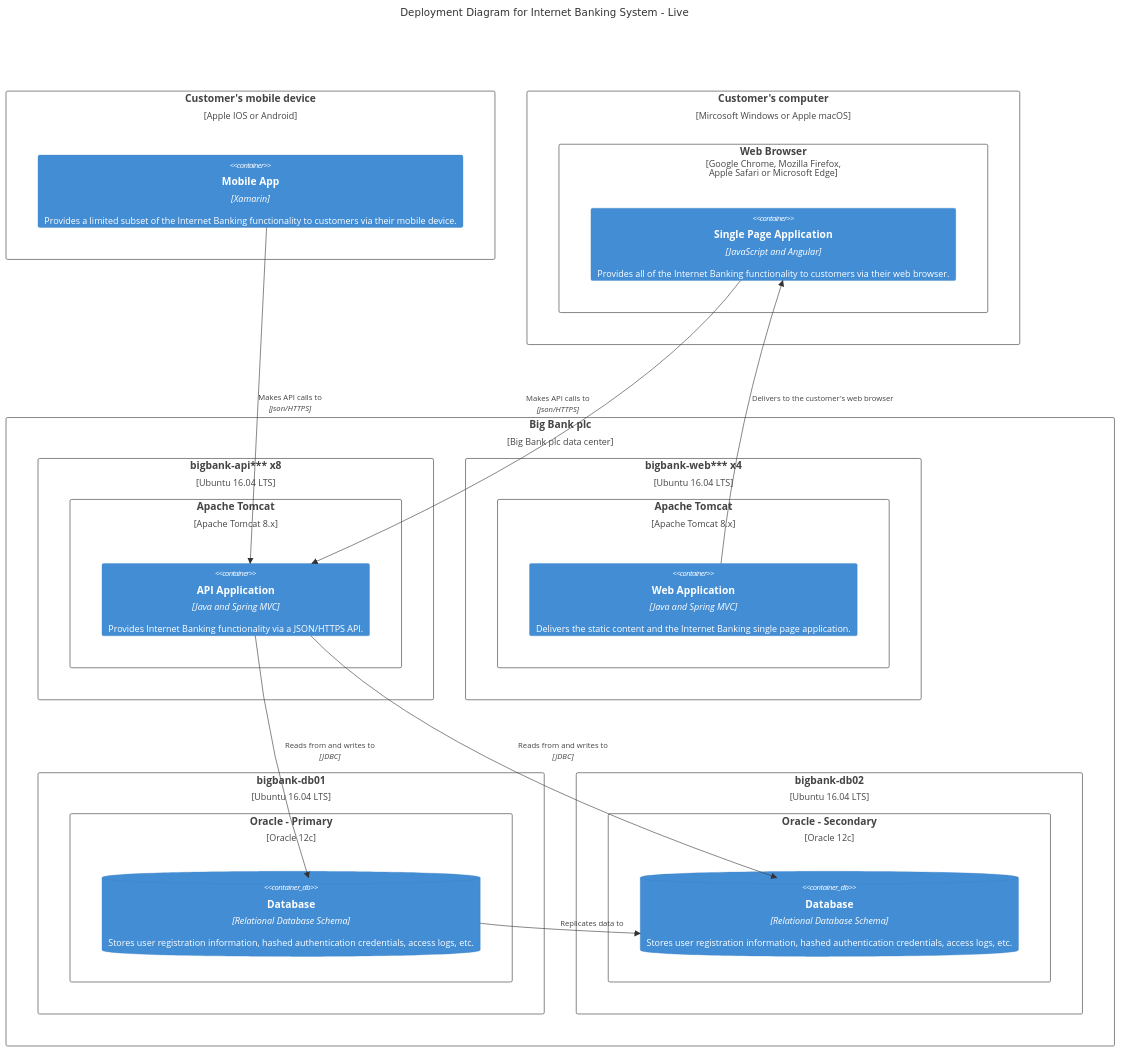
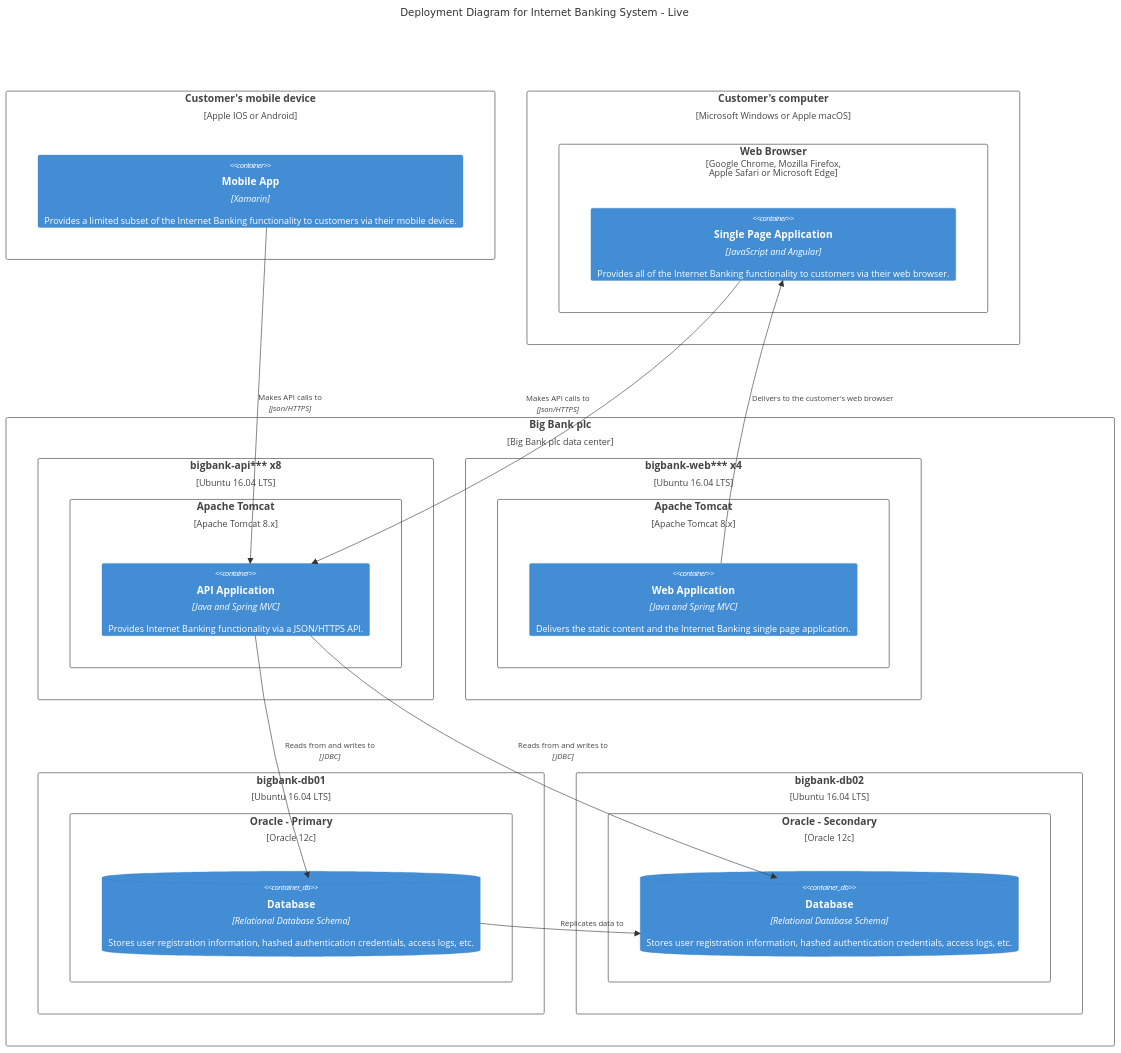
Before and after one commit to mermaid-js/mermaid: the sixth of 6 diagrams in docs/syntax/c4c.md, drawn with Mermaid. The commit also changed other lines of this file and 6 other files, not shown here.

````diff
--- a/docs/syntax/c4c.md
+++ b/docs/syntax/c4c.md
@@ -614,51 +614,51 @@
 ```mermaid
     C4Deployment
     title Deployment Diagram for Internet Banking System - Live
 
     Deployment_Node(mob, "Customer's mobile device", "Apple IOS or Android"){
         Container(mobile, "Mobile App", "Xamarin", "Provides a limited subset of the Internet Banking functionality to customers via their mobile device.")
     }
 
-    Deployment_Node(comp, "Customer's computer", "Mircosoft Windows or Apple macOS"){
+    Deployment_Node(comp, "Customer's computer", "Microsoft Windows or Apple macOS"){
         Deployment_Node(browser, "Web Browser", "Google Chrome, Mozilla Firefox,<br/> Apple Safari or Microsoft Edge"){
             Container(spa, "Single Page Application", "JavaScript and Angular", "Provides all of the Internet Banking functionality to customers via their web browser.")
         }
     }
 
     Deployment_Node(plc, "Big Bank plc", "Big Bank plc data center"){
         Deployment_Node(dn, "bigbank-api*** x8", "Ubuntu 16.04 LTS"){
             Deployment_Node(apache, "Apache Tomcat", "Apache Tomcat 8.x"){
                 Container(api, "API Application", "Java and Spring MVC", "Provides Internet Banking functionality via a JSON/HTTPS API.")
             }
         }
         Deployment_Node(bb2, "bigbank-web*** x4", "Ubuntu 16.04 LTS"){
             Deployment_Node(apache2, "Apache Tomcat", "Apache Tomcat 8.x"){
                 Container(web, "Web Application", "Java and Spring MVC", "Delivers the static content and the Internet Banking single page application.")
             }
         }
         Deployment_Node(bigbankdb01, "bigbank-db01", "Ubuntu 16.04 LTS"){
             Deployment_Node(oracle, "Oracle - Primary", "Oracle 12c"){
                 ContainerDb(db, "Database", "Relational Database Schema", "Stores user registration information, hashed authentication credentials, access logs, etc.")
             }
         }
         Deployment_Node(bigbankdb02, "bigbank-db02", "Ubuntu 16.04 LTS") {
             Deployment_Node(oracle2, "Oracle - Secondary", "Oracle 12c") {
                 ContainerDb(db2, "Database", "Relational Database Schema", "Stores user registration information, hashed authentication credentials, access logs, etc.")
             }
         }
     }
 
     Rel(mobile, api, "Makes API calls to", "json/HTTPS")
     Rel(spa, api, "Makes API calls to", "json/HTTPS")
     Rel_U(web, spa, "Delivers to the customer's web browser")
     Rel(api, db, "Reads from and writes to", "JDBC")
     Rel(api, db2, "Reads from and writes to", "JDBC")
     Rel_R(db, db2, "Replicates data to")
 
     UpdateRelStyle(spa, api, $offsetY="-40")
     UpdateRelStyle(web, spa, $offsetY="-40")
     UpdateRelStyle(api, db, $offsetY="-20", $offsetX="5")
     UpdateRelStyle(api, db2, $offsetX="-40", $offsetY="-20")
     UpdateRelStyle(db, db2, $offsetY="-10")
 
 ```
````
